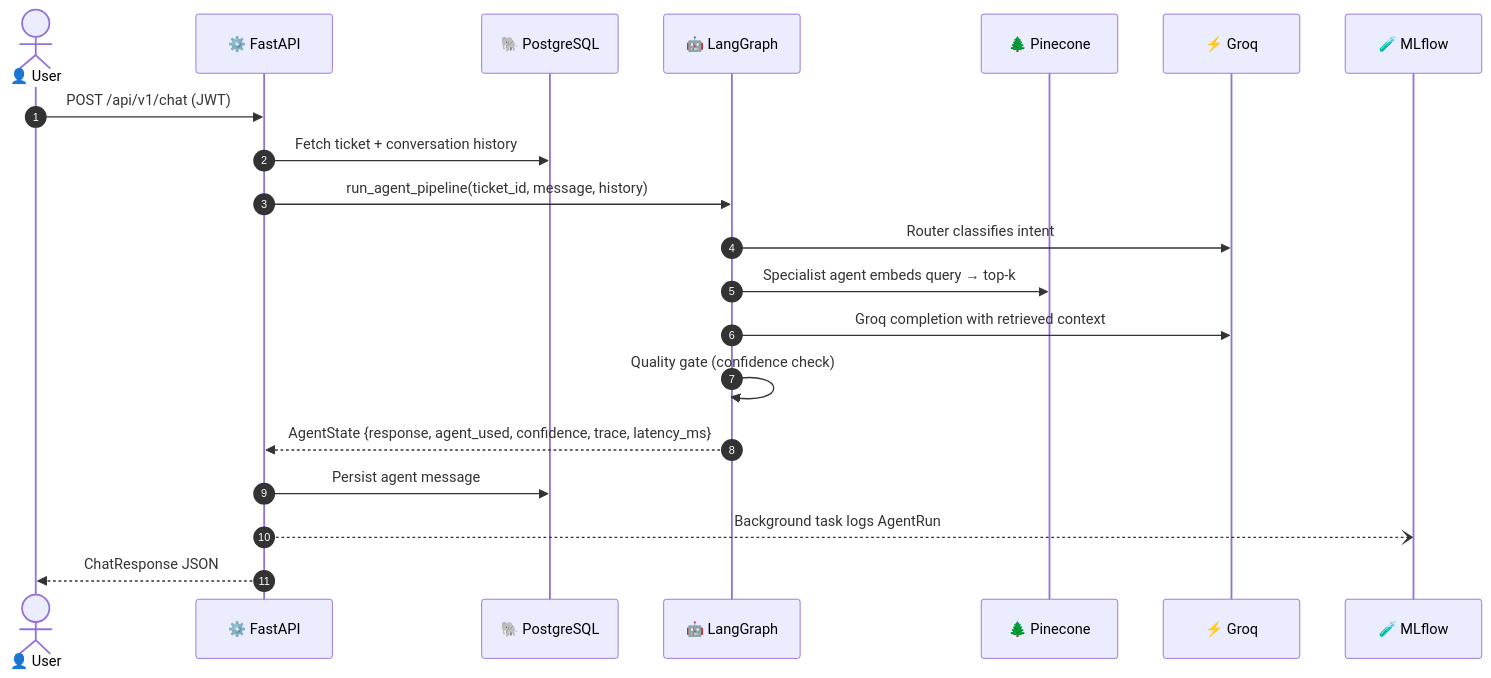
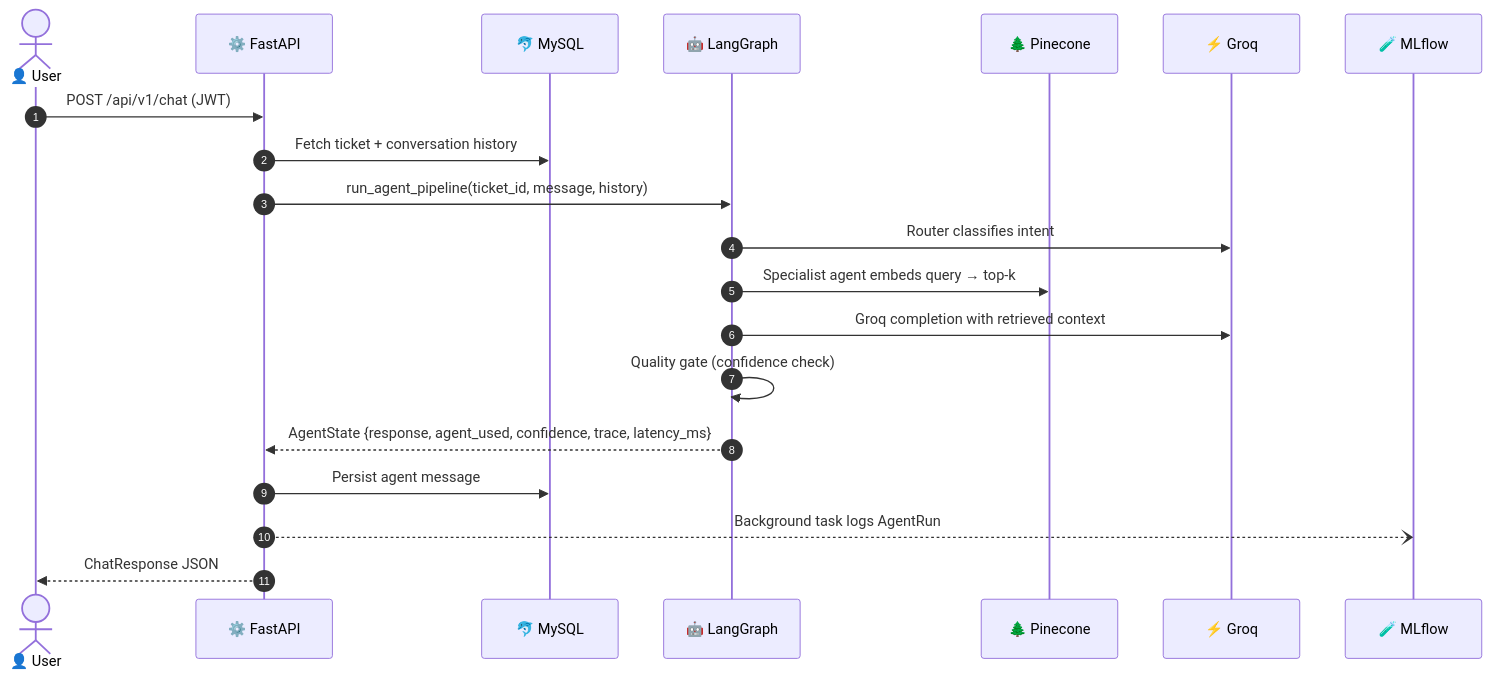
One commit to HabibZouari/ai-support-command-center changed the second of 3 diagrams in README.md. Above: the diagram before and after it, drawn with Mermaid. The commit also changed other lines of this file, not shown here.

````diff
--- a/README.md
+++ b/README.md
@@ -137,22 +137,22 @@
 ```mermaid
 sequenceDiagram
     autonumber
     actor U as 👤 User
     participant A as ⚙️ FastAPI
-    participant D as 🐘 PostgreSQL
+    participant D as 🐬 MySQL
     participant G as 🤖 LangGraph
     participant P as 🌲 Pinecone
     participant L as ⚡ Groq
     participant M as 🧪 MLflow
     U->>A: POST /api/v1/chat (JWT)
     A->>D: Fetch ticket + conversation history
     A->>G: run_agent_pipeline(ticket_id, message, history)
     G->>L: Router classifies intent
     G->>P: Specialist agent embeds query → top-k
     G->>L: Groq completion with retrieved context
     G->>G: Quality gate (confidence check)
     G-->>A: AgentState {response, agent_used, confidence, trace, latency_ms}
     A->>D: Persist agent message
     A--)M: Background task logs AgentRun
     A-->>U: ChatResponse JSON
 ```
````
